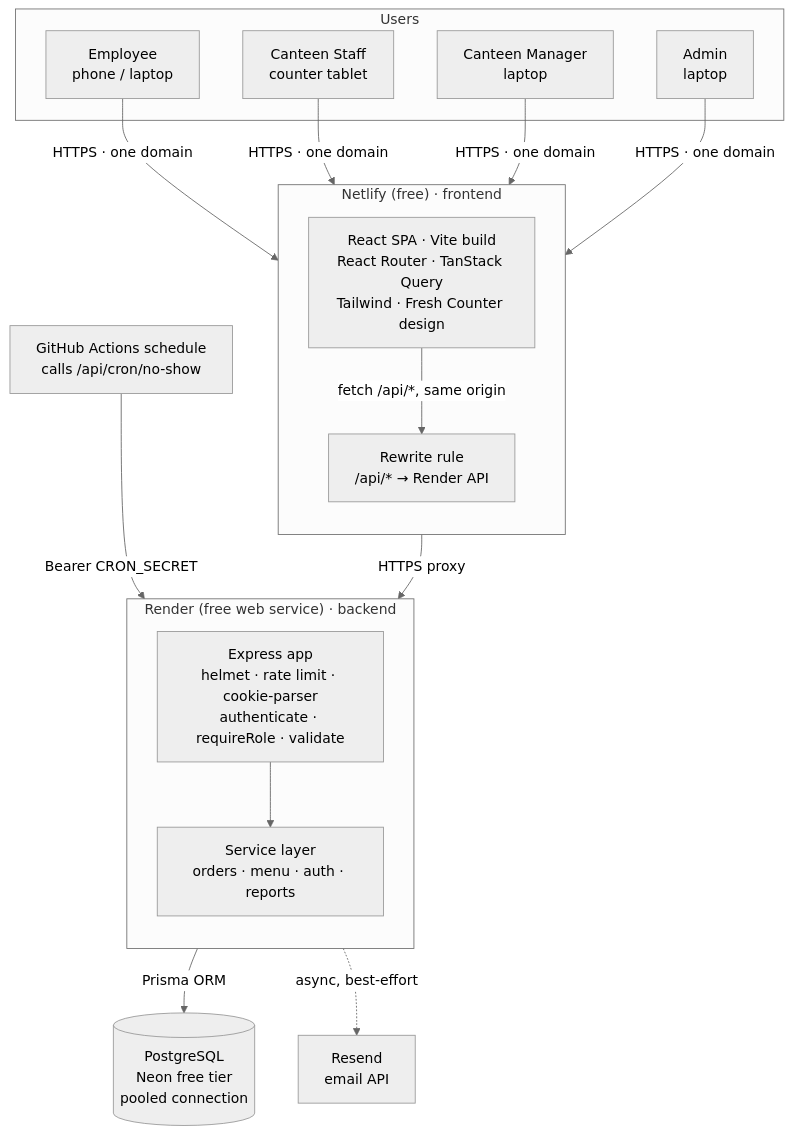
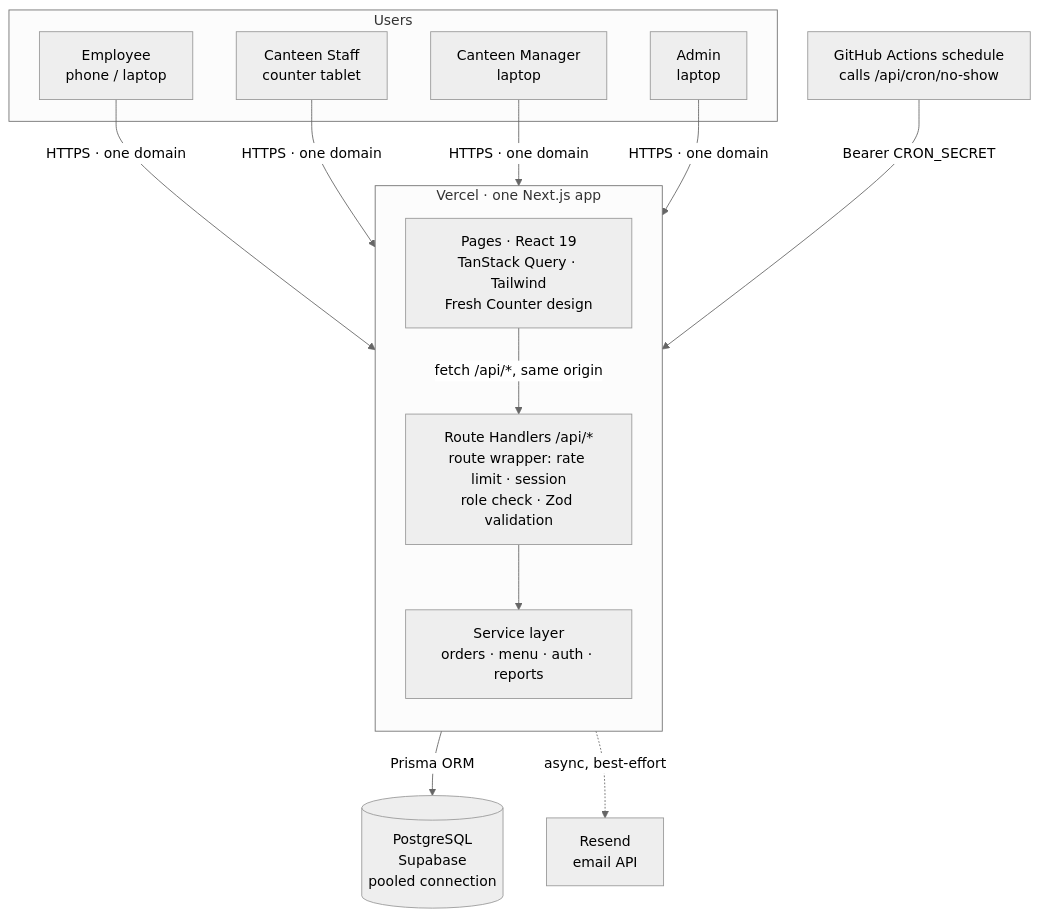
Before and after one commit to calvinanshul/RubicocanteenQ: the first of 5 diagrams in docs/05-architecture.md, drawn with Mermaid (neutral theme). The commit also changed other lines of this file and 20 other files, not shown here.

First line of the commit message:
Docs: drop Sprints 05-07 and remove Netlify/Render mentions

````diff
--- a/docs/05-architecture.md
+++ b/docs/05-architecture.md
@@ -9,33 +9,27 @@
 ```mermaid
 flowchart TB
     subgraph Users
         E[Employee<br/>phone / laptop]
         S[Canteen Staff<br/>counter tablet]
         M[Canteen Manager<br/>laptop]
         A[Admin<br/>laptop]
     end
 
-    subgraph Netlify["Netlify (free) · frontend"]
+    subgraph Vercel["Vercel · one Next.js app"]
         direction TB
-        UI[React SPA · Vite build<br/>React Router · TanStack Query<br/>Tailwind · Fresh Counter design]
-        PX[Rewrite rule<br/>/api/* → Render API]
-    end
-
-    subgraph Render["Render (free web service) · backend"]
-        direction TB
-        API[Express app<br/>helmet · rate limit · cookie-parser<br/>authenticate · requireRole · validate]
+        UI[Pages · React 19<br/>TanStack Query · Tailwind<br/>Fresh Counter design]
+        API[Route Handlers /api/*<br/>route wrapper: rate limit · session<br/>role check · Zod validation]
         SVC[Service layer<br/>orders · menu · auth · reports]
     end
 
     GHA[GitHub Actions schedule<br/>calls /api/cron/no-show]
-    DB[(PostgreSQL<br/>Neon free tier<br/>pooled connection)]
+    DB[(PostgreSQL<br/>Supabase<br/>pooled connection)]
     MAIL[Resend<br/>email API]
 
     E & S & M & A -->|HTTPS · one domain| UI
-    UI -->|fetch /api/*, same origin| PX
-    PX -->|HTTPS proxy| API
+    UI -->|fetch /api/*, same origin| API
     GHA -->|Bearer CRON_SECRET| API
     API --> SVC
     SVC -->|Prisma ORM| DB
     SVC -.->|async, best-effort| MAIL
 ```
````
